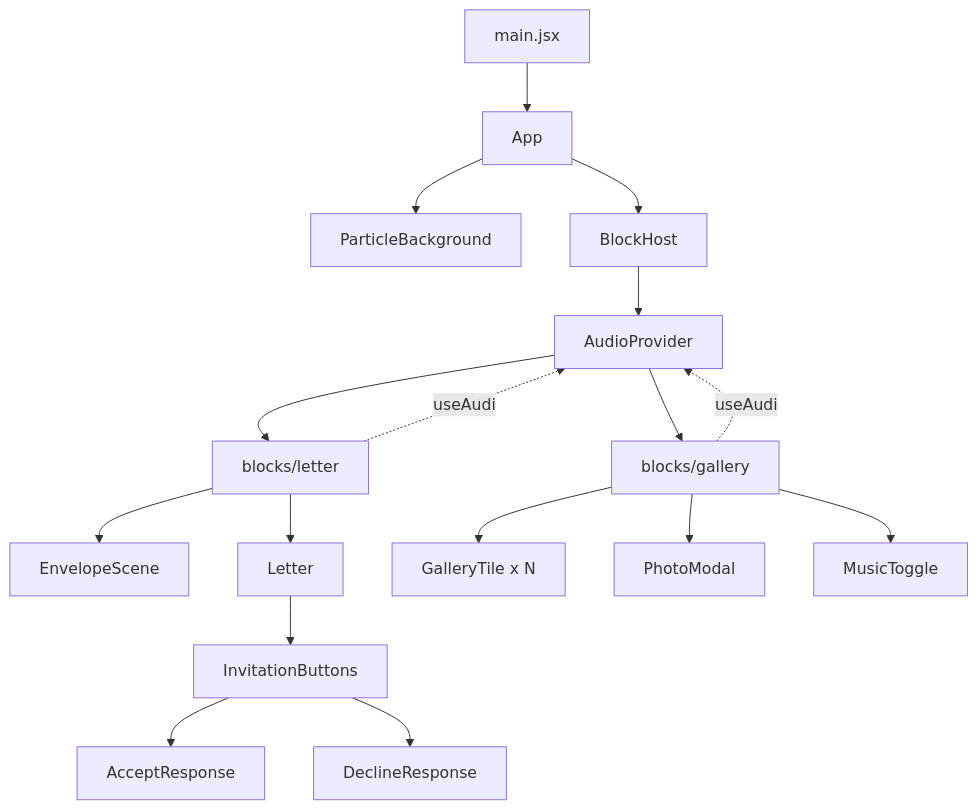
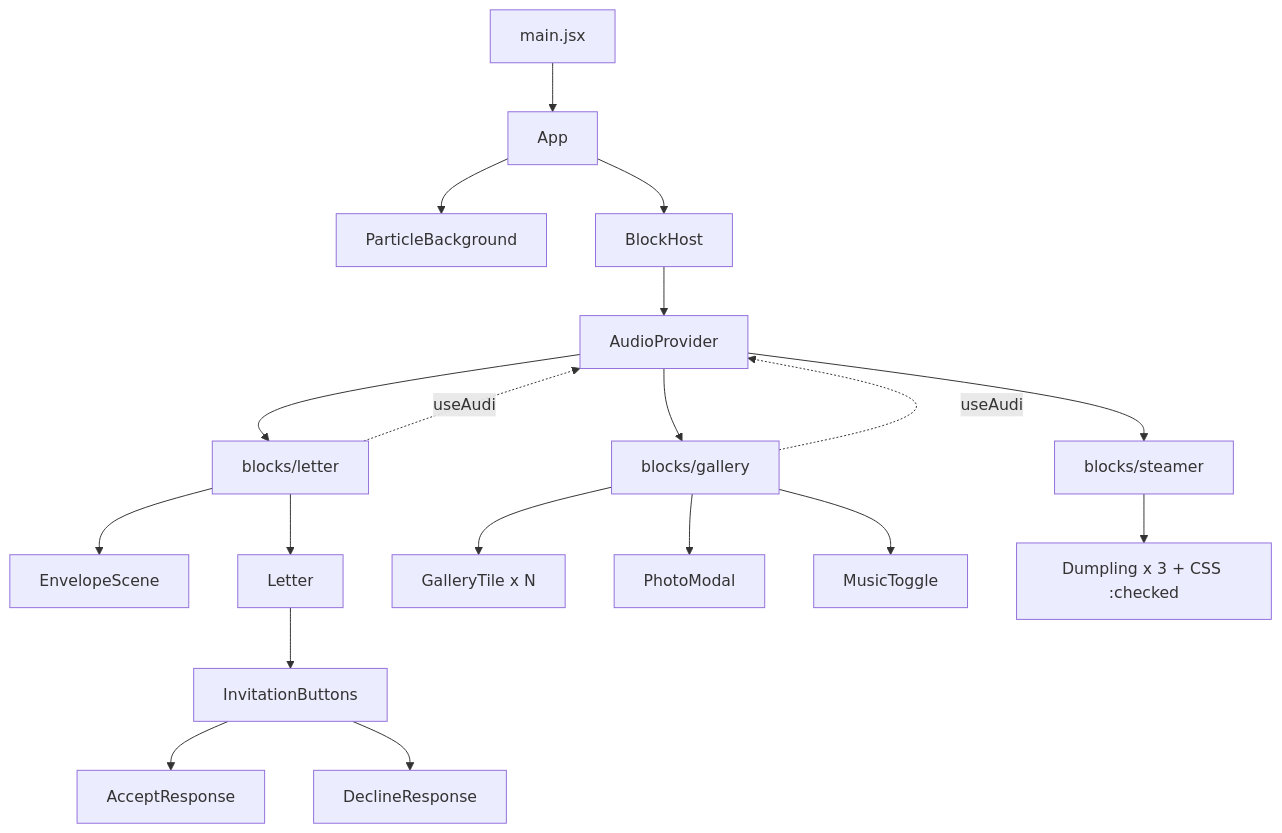
The second of 3 diagrams in docs/ARQUITECTURA.md (JHONZ-01/Proyect_love), drawn with Mermaid before and after one commit. The commit also changed other lines of this file and 41 other files, not shown here.

````diff
--- a/docs/ARQUITECTURA.md
+++ b/docs/ARQUITECTURA.md
@@ -78,19 +81,21 @@
 ```mermaid
 flowchart TD
     main[main.jsx] --> App
     App --> PB[ParticleBackground]
     App --> BH[BlockHost]
     BH --> AP[AudioProvider]
     AP --> LB[blocks/letter]
     AP --> GB[blocks/gallery]
+    AP --> SB[blocks/steamer]
     LB --> ES[EnvelopeScene]
     LB --> L[Letter]
     L --> IB[InvitationButtons]
     IB --> AR[AcceptResponse]
     IB --> DR[DeclineResponse]
     GB --> GT[GalleryTile x N]
     GB --> PM[PhotoModal]
     GB --> MT[MusicToggle]
+    SB --> DP["Dumpling x 3 + CSS :checked"]
     LB -.useAudio.-> AP
     GB -.useAudio.-> AP
 ```
````
